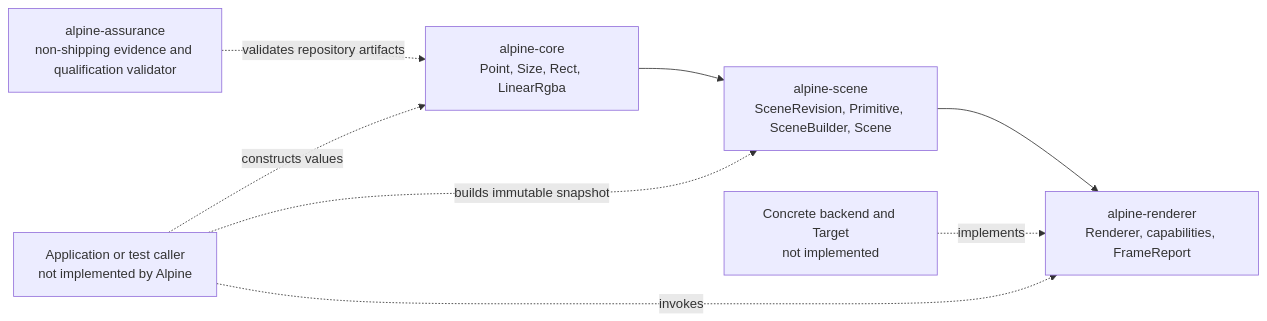
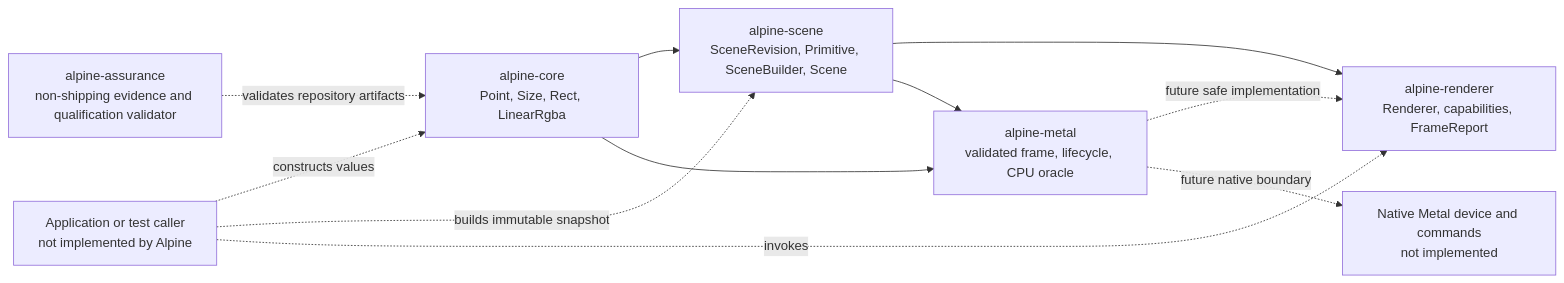
The first of 7 diagrams in ARCHITECTURE.md (dbuddha/alpine-gpui), drawn with Mermaid before and after one commit. The commit also changed other lines of this file and 16 other files, not shown here.

First line of the commit message:
feat(metal): validate deterministic offscreen frame plans (#54)

````diff
--- a/ARCHITECTURE.md
+++ b/ARCHITECTURE.md
@@ -15,16 +16,20 @@
 ```mermaid
 flowchart LR
     caller["Application or test caller<br/>not implemented by Alpine"]
     core["alpine-core<br/>Point, Size, Rect, LinearRgba"]
     scene["alpine-scene<br/>SceneRevision, Primitive, SceneBuilder, Scene"]
     renderer["alpine-renderer<br/>Renderer, capabilities, FrameReport"]
-    backend["Concrete backend and Target<br/>not implemented"]
+    metal["alpine-metal<br/>validated frame, lifecycle, CPU oracle"]
+    native["Native Metal device and commands<br/>not implemented"]
     assurance["alpine-assurance<br/>non-shipping evidence and qualification validator"]
 
     core --> scene --> renderer
+    core --> metal
+    scene --> metal
+    metal -. "future safe implementation" .-> renderer
+    metal -. "future native boundary" .-> native
     caller -. "constructs values" .-> core
     caller -. "builds immutable snapshot" .-> scene
     caller -. "invokes" .-> renderer
-    backend -. "implements" .-> renderer
     assurance -. "validates repository artifacts" .-> core
 ```
````
